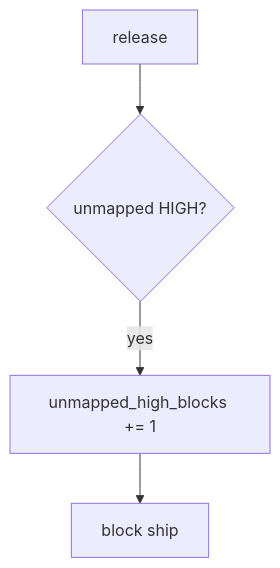
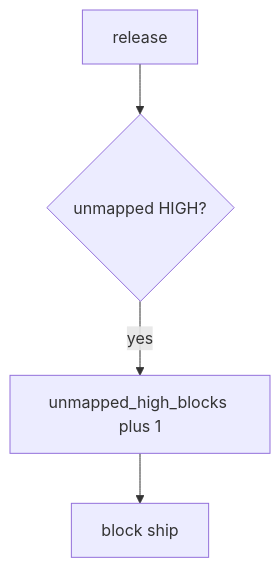
One commit to ishitvagoel/LearnSecurity changed the diagram in content/modules/9/9.4/lessons/06-operate.md. Above: the diagram before and after it, drawn with Mermaid. The commit also changed other lines of this file and 28 other files, not shown here.

````diff
--- a/content/modules/9/9.4/lessons/06-operate.md
+++ b/content/modules/9/9.4/lessons/06-operate.md
@@ -13,6 +13,6 @@
 ```mermaid
 flowchart TD
   Rel[release] --> Map{unmapped HIGH?}
-  Map -->|yes| Metric["unmapped_high_blocks += 1"]
+  Map -->|yes| Metric["unmapped_high_blocks plus 1"]
   Metric --> Stop[block ship]
 ```
````
